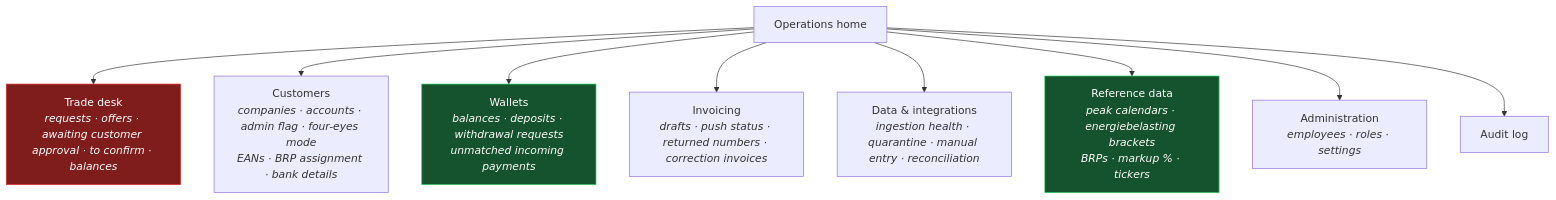
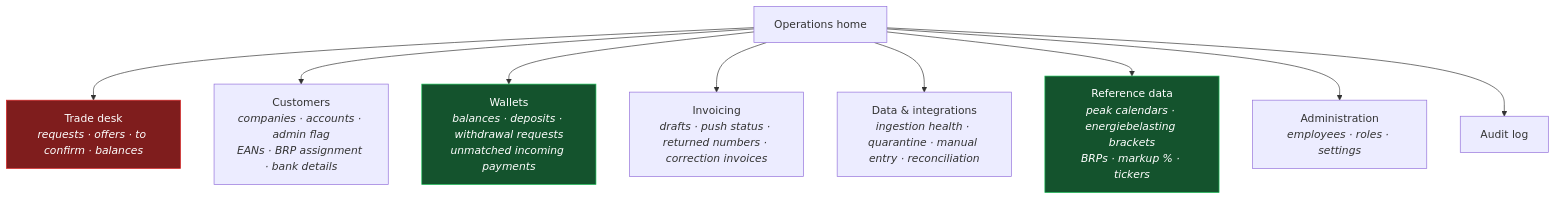
The diagram in specs/10-features/F12-employee-back-office.md (lukastosic-ifd/peakpowerspecs), drawn with Mermaid before and after one commit. The commit also changed other lines of this file and 40 other files, not shown here.

First line of the commit message:
DEC-179: the four-eyes rule is removed (#21)

````diff
--- a/specs/10-features/F12-employee-back-office.md
+++ b/specs/10-features/F12-employee-back-office.md
@@ -64,17 +64,17 @@
 ```mermaid
 flowchart TB
     HOME["Operations home"]
-    HOME --> DESK["Trade desk<br/><i>requests · offers · awaiting customer approval · to confirm · balances</i>"]
-    HOME --> CUST["Customers<br/><i>companies · accounts · admin flag · four-eyes mode<br/>EANs · BRP assignment · bank details</i>"]
+    HOME --> DESK["Trade desk<br/><i>requests · offers · to confirm · balances</i>"]
+    HOME --> CUST["Customers<br/><i>companies · accounts · admin flag<br/>EANs · BRP assignment · bank details</i>"]
     HOME --> WAL["Wallets<br/><i>balances · deposits · withdrawal requests<br/>unmatched incoming payments</i>"]
     HOME --> INV["Invoicing<br/><i>drafts · push status · returned numbers · correction invoices</i>"]
     HOME --> DATA["Data & integrations<br/><i>ingestion health · quarantine · manual entry · reconciliation</i>"]
     HOME --> REF["Reference data<br/><i>peak calendars · energiebelasting brackets<br/>BRPs · markup % · tickers</i>"]
     HOME --> ADMIN["Administration<br/><i>employees · roles · settings</i>"]
     HOME --> AUDIT["Audit log"]
 
     classDef hot fill:#7f1d1d,stroke:#dc2626,color:#fff
     classDef new fill:#14532d,stroke:#22c55e,color:#fff
     class DESK hot
     class WAL,REF new
 ```
````
